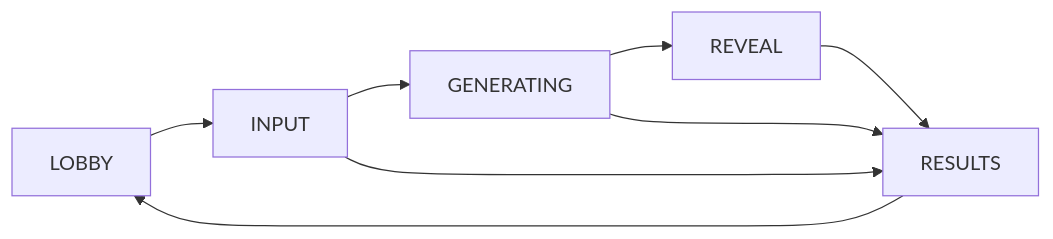
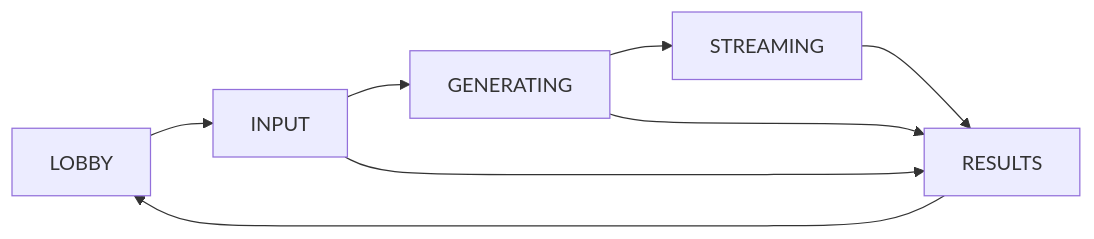
The diagram in docs/games/word-by-word/game-spec.md (CoralLeiCN/VIbeParty), drawn with Mermaid before and after one commit. The commit also changed other lines of this file and 31 other files, not shown here.

````diff
--- a/docs/games/word-by-word/game-spec.md
+++ b/docs/games/word-by-word/game-spec.md
@@ -72,10 +54,7 @@
 ```mermaid
 flowchart LR
-    Lobby[LOBBY] --> Input[INPUT]
-    Input --> Generating[GENERATING]
-    Generating --> Reveal[REVEAL]
-    Reveal --> Results[RESULTS]
-    Input --> Results
-    Generating --> Results
-    Results --> Lobby
+    LOBBY --> INPUT --> GENERATING --> STREAMING --> RESULTS
+    INPUT --> RESULTS
+    GENERATING --> RESULTS
+    RESULTS --> LOBBY
 ```
````
